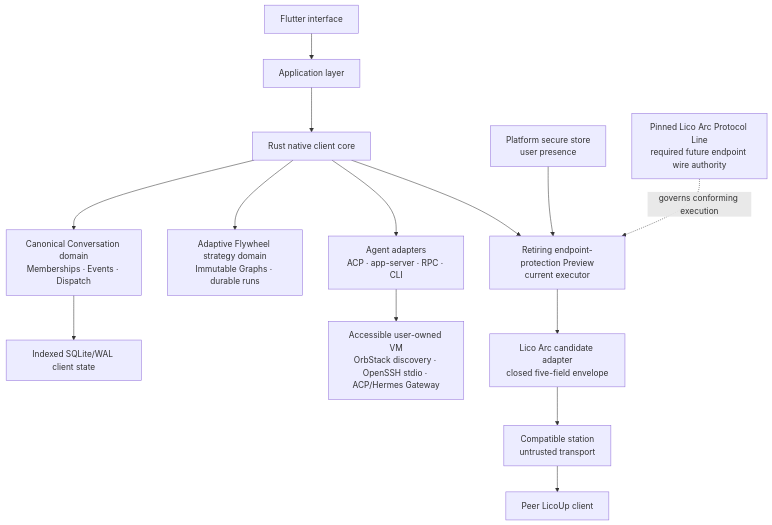
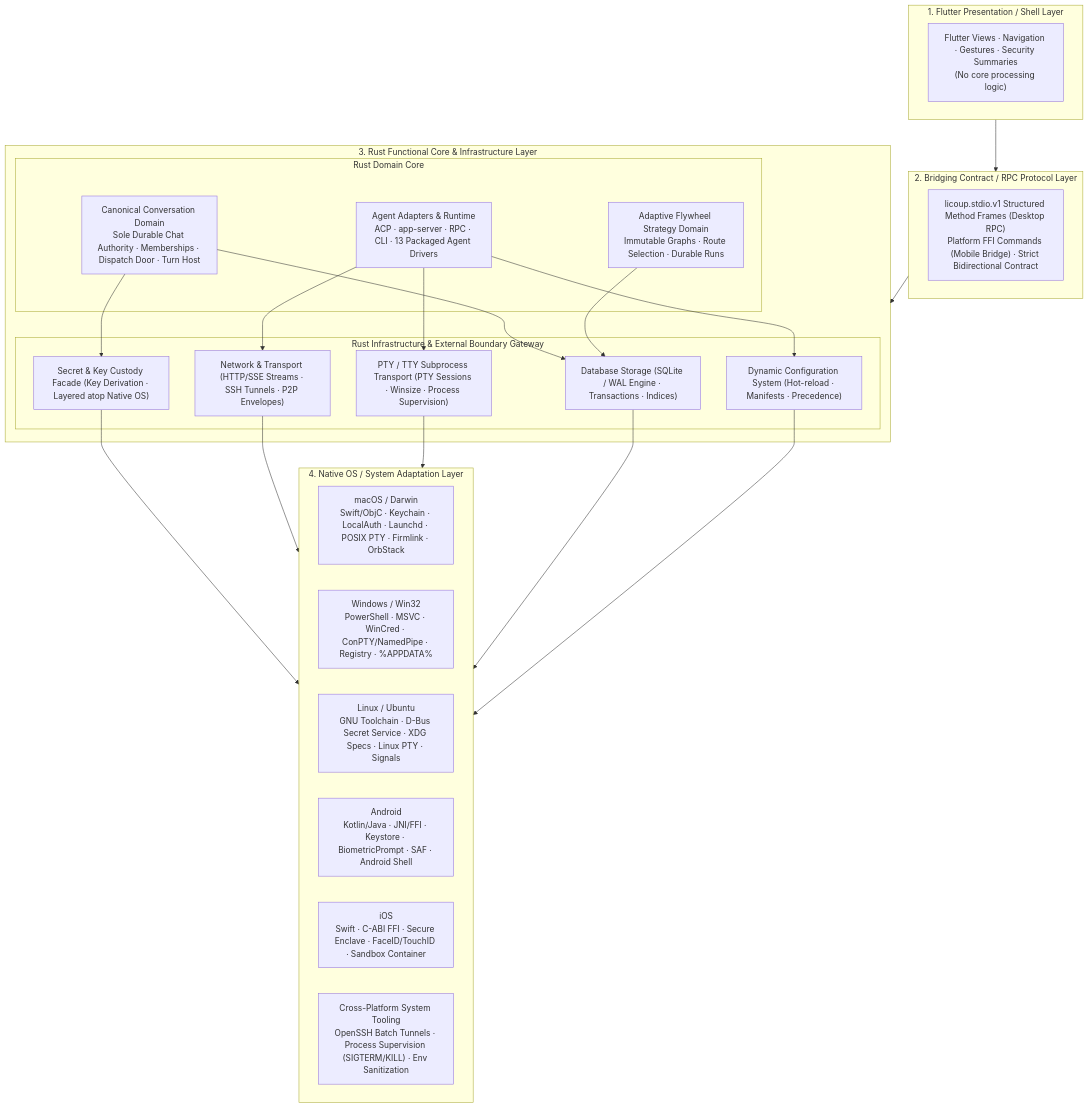
The diagram in docs/architecture/README.md (LicoLand/LicoUp), drawn with Mermaid before and after one commit. The commit also changed other lines of this file and 257 other files, not shown here.

````diff
--- a/docs/architecture/README.md
+++ b/docs/architecture/README.md
@@ -32,16 +51,50 @@
 ```mermaid
 flowchart TB
-    UI["Flutter interface"] --> APP["Application layer"]
-    APP --> CORE["Rust native client core"]
-    CORE --> CONVERSATIONS["Canonical Conversation domain<br/>Memberships · Events · Dispatch"]
-    CORE --> STRATEGIES["Adaptive Flywheel strategy domain<br/>Immutable Graphs · durable runs"]
-    CONVERSATIONS --> STORE["Indexed SQLite/WAL client state"]
-    CORE --> AGENTS["Agent adapters<br/>ACP · app-server · RPC · CLI"]
-    AGENTS --> VM["Accessible user-owned VM<br/>OrbStack discovery · OpenSSH stdio · ACP/Hermes Gateway"]
-    CORE --> MESH["Retiring endpoint-protection Preview<br/>current executor"]
-    MESH --> ARC["Lico Arc candidate adapter<br/>closed five-field envelope"]
-    ARC --> STATION["Compatible station<br/>untrusted transport"]
-    STATION --> PEER["Peer LicoUp client"]
-    KEYS["Platform secure store<br/>user presence"] --> MESH
-    LINE["Pinned Lico Arc Protocol Line<br/>required future endpoint wire authority"] -. "governs conforming execution" .-> MESH
+    subgraph LAYER1["1. Flutter Presentation / Shell Layer"]
+        UI["Flutter Views · Navigation · Gestures · Security Summaries<br/>(No core processing logic)"]
+    end
+
+    subgraph LAYER2["2. Bridging Contract / RPC Protocol Layer"]
+        BRIDGE["licoup.stdio.v1 Structured Method Frames (Desktop RPC)<br/>Platform FFI Commands (Mobile Bridge) · Strict Bidirectional Contract"]
+    end
+
+    subgraph LAYER3["3. Rust Functional Core & Infrastructure Layer"]
+        subgraph DOMAIN_BOX["Rust Domain Core"]
+            CONVERSATIONS["Canonical Conversation Domain<br/>Sole Durable Chat Authority · Memberships · Dispatch Door · Turn Host"]
+            STRATEGIES["Adaptive Flywheel Strategy Domain<br/>Immutable Graphs · Route Selection · Durable Runs"]
+            AGENTS["Agent Adapters & Runtime<br/>ACP · app-server · RPC · CLI · 13 Packaged Agent Drivers"]
+        end
+
+        subgraph INFRA_BOX["Rust Infrastructure & External Boundary Gateway"]
+            DB_STORAGE["Database Storage (SQLite / WAL Engine · Transactions · Indices)"]
+            DYNAMIC_CONFIG["Dynamic Configuration System (Hot-reload · Manifests · Precedence)"]
+            SECRET_CUSTODY["Secret & Key Custody Facade (Key Derivation · Layered atop Native OS)"]
+            NET_TRANSPORT["Network & Transport (HTTP/SSE Streams · SSH Tunnels · P2P Envelopes)"]
+            PTY_TRANSPORT["PTY / TTY Subprocess Transport (PTY Sessions · Winsize · Process Supervision)"]
+        end
+
+        CONVERSATIONS --> DB_STORAGE
+        STRATEGIES --> DB_STORAGE
+        AGENTS --> NET_TRANSPORT
+        AGENTS --> PTY_TRANSPORT
+        CONVERSATIONS --> SECRET_CUSTODY
+        AGENTS --> DYNAMIC_CONFIG
+    end
+
+    subgraph LAYER4["4. Native OS / System Adaptation Layer"]
+        MACOS["macOS / Darwin<br/>Swift/ObjC · Keychain · LocalAuth · Launchd · POSIX PTY · Firmlink · OrbStack"]
+        WINDOWS["Windows / Win32<br/>PowerShell · MSVC · WinCred · ConPTY/NamedPipe · Registry · %APPDATA%"]
+        LINUX["Linux / Ubuntu<br/>GNU Toolchain · D-Bus Secret Service · XDG Specs · Linux PTY · Signals"]
+        ANDROID["Android<br/>Kotlin/Java · JNI/FFI · Keystore · BiometricPrompt · SAF · Android Shell"]
+        IOS["iOS<br/>Swift · C-ABI FFI · Secure Enclave · FaceID/TouchID · Sandbox Container"]
+        COMMON_OS["Cross-Platform System Tooling<br/>OpenSSH Batch Tunnels · Process Supervision (SIGTERM/KILL) · Env Sanitization"]
+    end
+
+    LAYER1 --> LAYER2
+    LAYER2 --> LAYER3
+    SECRET_CUSTODY --> LAYER4
+    NET_TRANSPORT --> LAYER4
+    PTY_TRANSPORT --> LAYER4
+    DB_STORAGE --> LAYER4
+    DYNAMIC_CONFIG --> LAYER4
 ```
````
